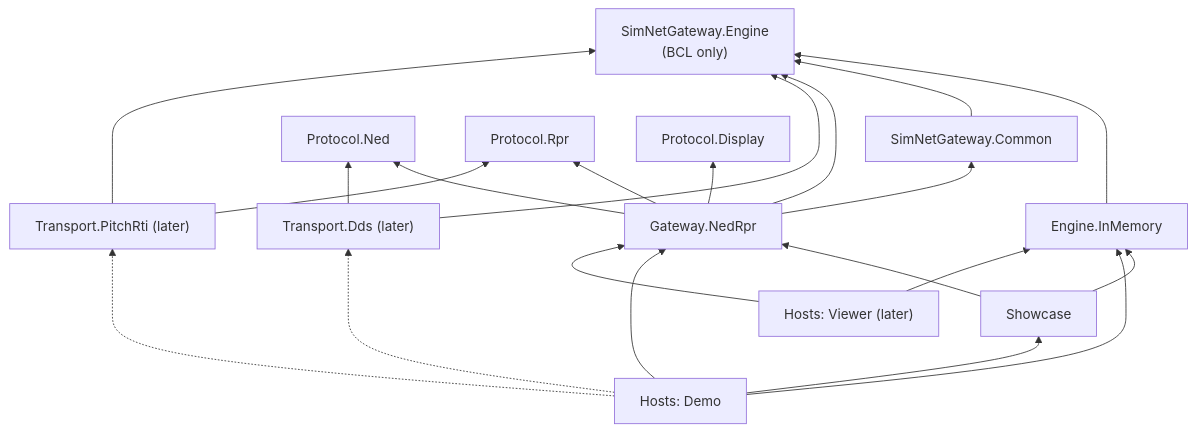
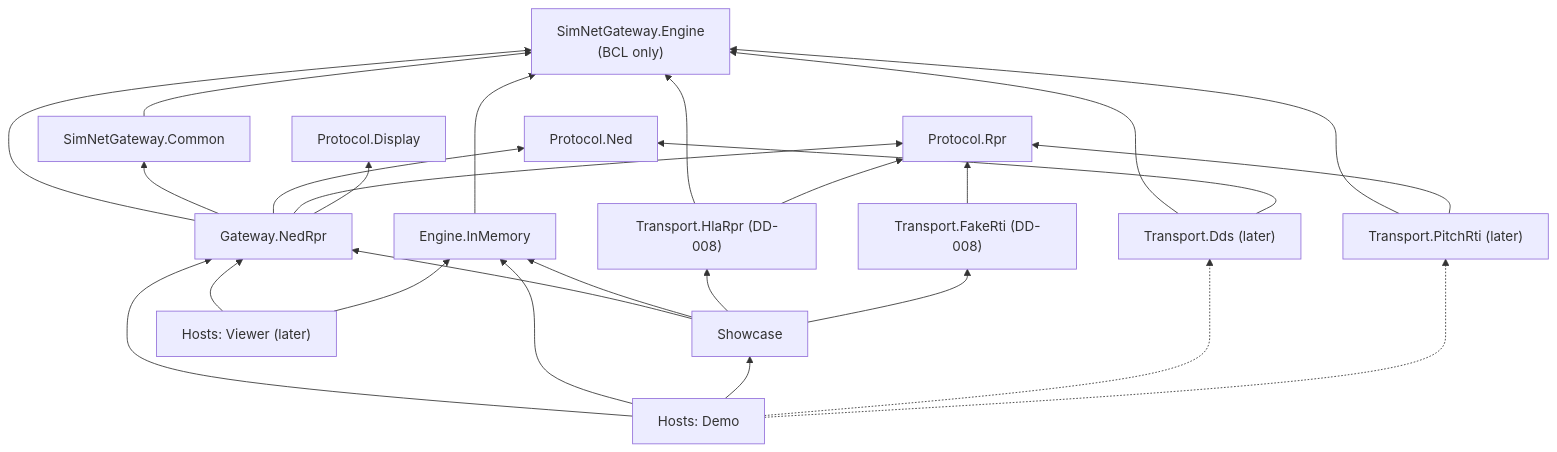
One commit to pjanec/SimNetGateway changed the first of 3 diagrams in docs/design/DD-003-Solution-Structure.md. Above: the diagram before and after it, drawn with Mermaid. The commit also changed other lines of this file and 51 other files, not shown here.

````diff
--- a/docs/design/DD-003-Solution-Structure.md
+++ b/docs/design/DD-003-Solution-Structure.md
@@ -76,36 +77,43 @@
 ```mermaid
 flowchart BT
     Engine["SimNetGateway.Engine<br/>(BCL only)"]
     InMem["Engine.InMemory"]
     Common["SimNetGateway.Common"]
     PNed["Protocol.Ned"]
     PRpr["Protocol.Rpr"]
     PDis["Protocol.Display"]
     GW["Gateway.NedRpr"]
     TDds["Transport.Dds (later)"]
     TRti["Transport.PitchRti (later)"]
+    THla["Transport.HlaRpr (DD-008)"]
+    TFake["Transport.FakeRti (DD-008)"]
     Show["Showcase"]
     Demo["Hosts: Demo"]
     Viewer["Hosts: Viewer (later)"]
 
     InMem --> Engine
     Common --> Engine
     GW --> Engine
     GW --> Common
     GW --> PNed
     GW --> PRpr
     GW --> PDis
     TDds --> Engine
     TDds --> PNed
     TRti --> Engine
     TRti --> PRpr
+    THla --> Engine
+    THla --> PRpr
+    TFake --> PRpr
     Show --> GW
     Show --> InMem
+    Show --> THla
+    Show --> TFake
     Demo --> GW
     Demo --> InMem
     Demo --> Show
     Demo -.-> TDds
     Demo -.-> TRti
     Viewer --> GW
     Viewer --> InMem
 ```
````
